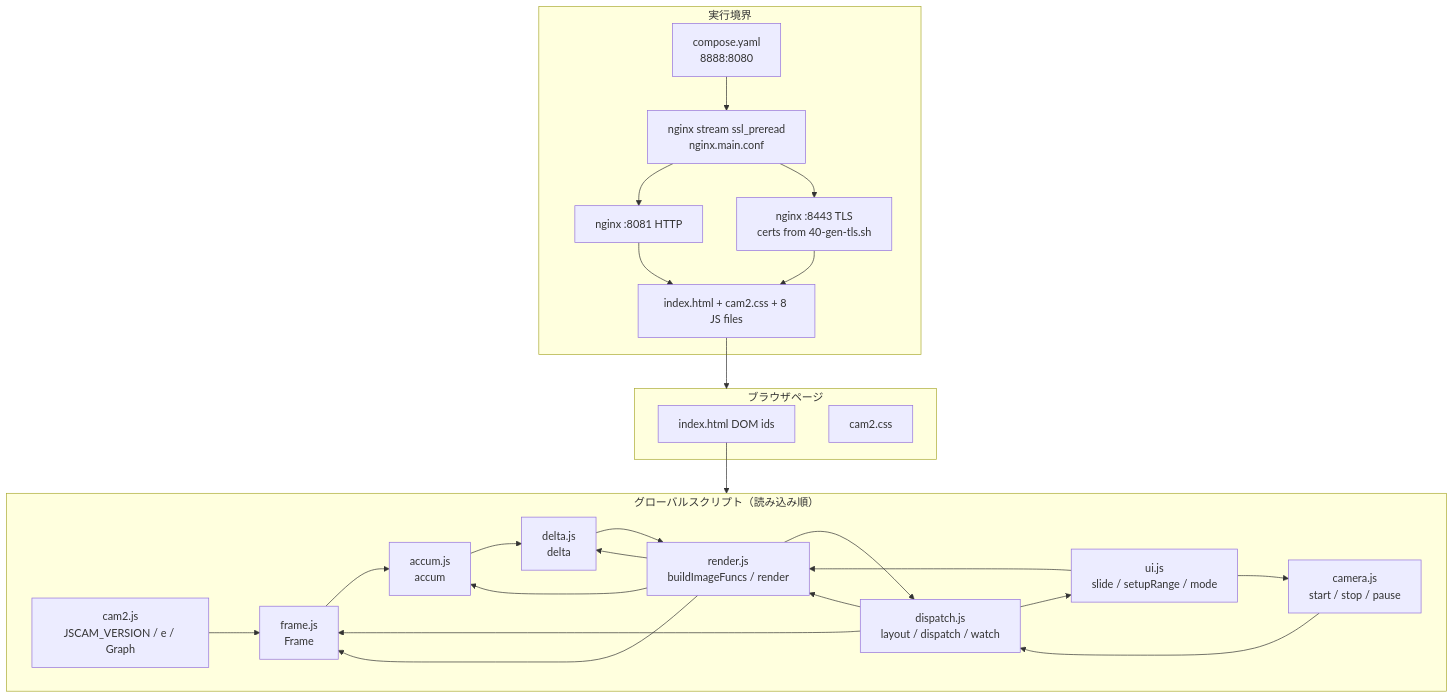
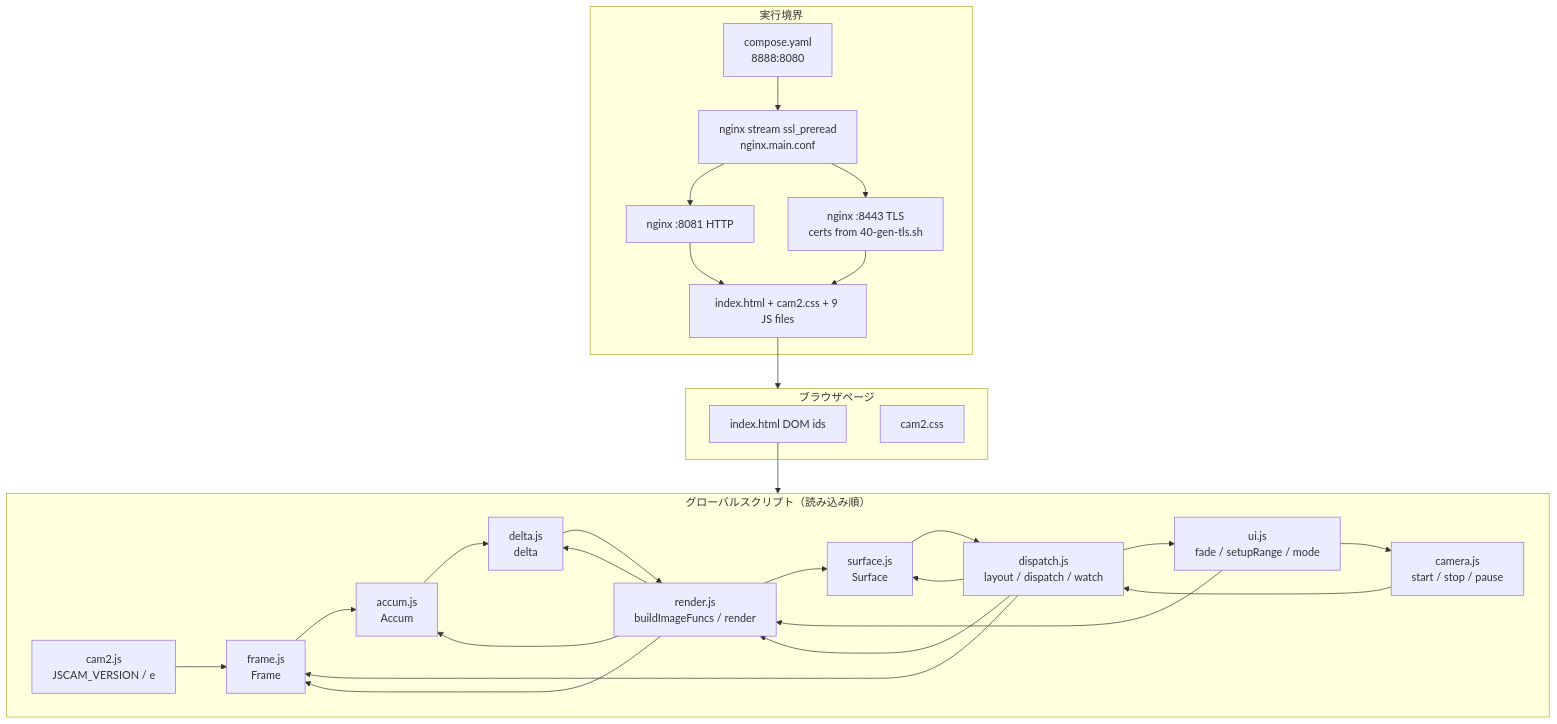
The first of 4 diagrams in jscam/cam2-design.md (mfujimoto-code/JSCam), drawn with Mermaid before and after one commit. The commit also changed other lines of this file and 1 other file, not shown here.

First line of the commit message:
docs: sync design to Surface merge

````diff
--- a/jscam/cam2-design.md
+++ b/jscam/cam2-design.md
@@ -162,44 +163,46 @@
 ```mermaid
 flowchart TB
   subgraph Runtime["実行境界"]
     Compose["compose.yaml<br/>8888:8080"]
     Stream["nginx stream ssl_preread<br/>nginx.main.conf"]
     HTTP["nginx :8081 HTTP"]
     TLS["nginx :8443 TLS<br/>certs from 40-gen-tls.sh"]
-    Static["index.html + cam2.css + 8 JS files"]
+    Static["index.html + cam2.css + 9 JS files"]
     Compose --> Stream
     Stream --> HTTP
     Stream --> TLS
     HTTP --> Static
     TLS --> Static
   end
 
   subgraph Page["ブラウザページ"]
     HTML["index.html DOM ids"]
     CSS["cam2.css"]
   end
 
   Static --> Page
 
   subgraph Scripts["グローバルスクリプト（読み込み順）"]
-    Cam2["cam2.js<br/>JSCAM_VERSION / e / Graph"]
+    Cam2["cam2.js<br/>JSCAM_VERSION / e"]
     FrameF["frame.js<br/>Frame"]
-    AccumF["accum.js<br/>accum"]
+    AccumF["accum.js<br/>Accum"]
     DeltaF["delta.js<br/>delta"]
     RenderF["render.js<br/>buildImageFuncs / render"]
+    SurfF["surface.js<br/>Surface"]
     DispF["dispatch.js<br/>layout / dispatch / watch"]
-    UiF["ui.js<br/>slide / setupRange / mode"]
+    UiF["ui.js<br/>fade / setupRange / mode"]
     CamF["camera.js<br/>start / stop / pause"]
-    Cam2 --> FrameF --> AccumF --> DeltaF --> RenderF --> DispF --> UiF --> CamF
+    Cam2 --> FrameF --> AccumF --> DeltaF --> RenderF --> SurfF --> DispF --> UiF --> CamF
   end
 
   HTML --> Scripts
 
   DispF --> RenderF
+  DispF --> SurfF
   RenderF --> FrameF
   RenderF --> AccumF
   RenderF --> DeltaF
   DispF --> FrameF
   CamF --> DispF
   UiF --> RenderF
 ```
````
